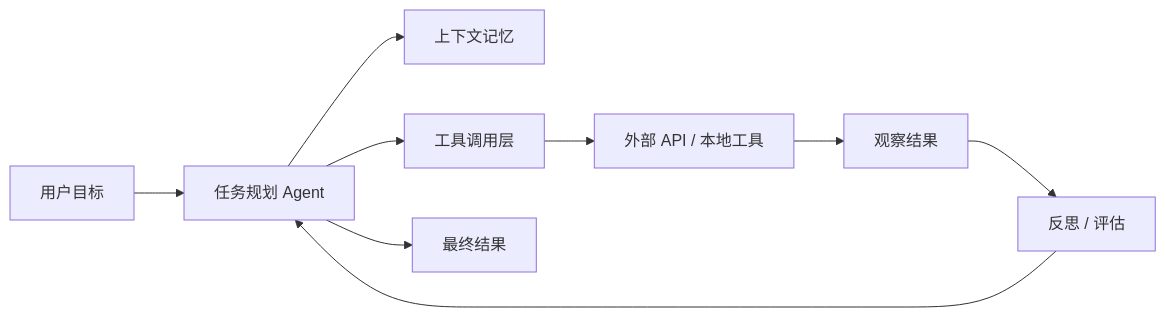
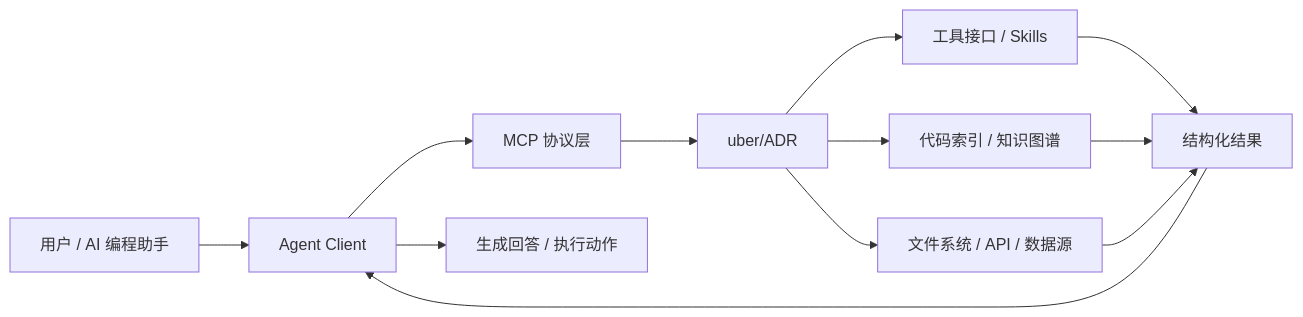
The third of 5 diagrams in TRENDING.md (Lingwangla/github_trend), drawn with Mermaid before and after one commit. The commit also changed other lines of this file and 2 other files, not shown here.

````diff
--- a/TRENDING.md
+++ b/TRENDING.md
@@ -109,11 +109,14 @@
 ```mermaid
 flowchart LR
-    User[用户目标] --> Planner[任务规划 Agent]
-    Planner --> Memory[上下文记忆]
-    Planner --> Tools[工具调用层]
-    Tools --> APIs[外部 API / 本地工具]
-    APIs --> Observation[观察结果]
-    Observation --> Critic[反思 / 评估]
-    Critic --> Planner
-    Planner --> Deliverable[最终结果]
+    User[用户 / AI 编程助手] --> Client[Agent Client]
+    Client --> Protocol[MCP 协议层]
+    Protocol --> Server[uber/ADR]
+    Server --> Tools[工具接口 / Skills]
+    Server --> Index[代码索引 / 知识图谱]
+    Server --> Data[文件系统 / API / 数据源]
+    Tools --> Result[结构化结果]
+    Index --> Result
+    Data --> Result
+    Result --> Client
+    Client --> Answer[生成回答 / 执行动作]
 ```
````
